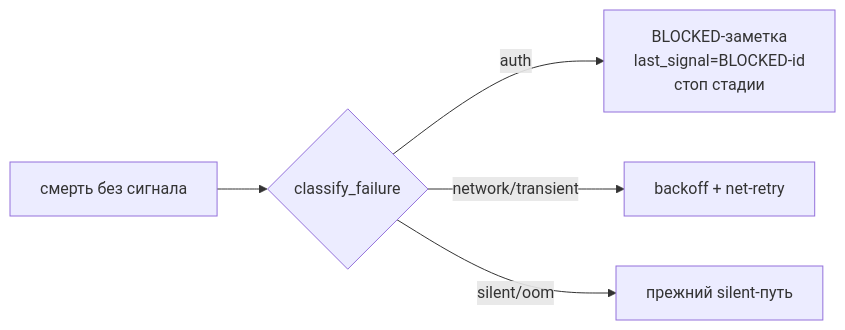
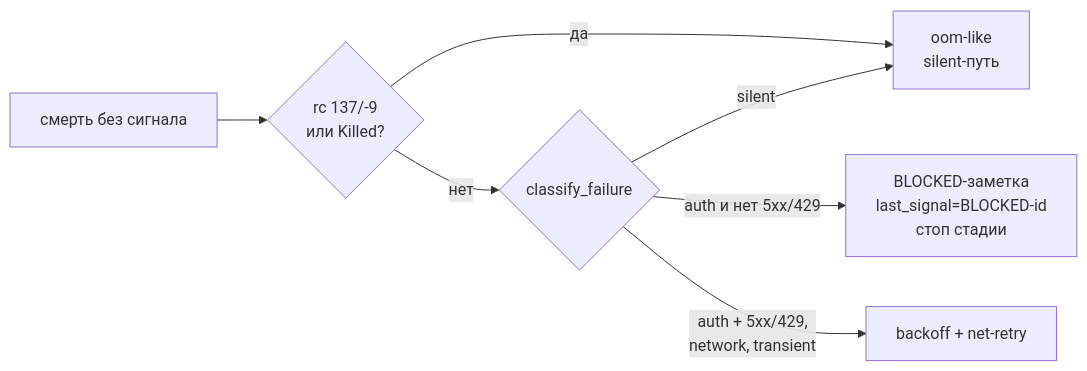
One commit to EnerJizeIT/agentic-workflow changed the diagram in docs/spec/carry-cd/carry-cd.architecture.md. Above: the diagram before and after it, drawn with Mermaid. The commit also changed other lines of this file and 5 other files, not shown here.

````diff
--- a/docs/spec/carry-cd/carry-cd.architecture.md
+++ b/docs/spec/carry-cd/carry-cd.architecture.md
@@ -77,7 +77,9 @@
 ```mermaid
 flowchart LR
-  D[смерть без сигнала] --> C{classify_failure}
-  C -->|auth| B[BLOCKED-заметка<br/>last_signal=BLOCKED-id<br/>стоп стадии]
-  C -->|network/transient| N[backoff + net-retry]
-  C -->|silent/oom| S[прежний silent-путь]
+  D[смерть без сигнала] --> O{rc 137/-9<br/>или Killed?}
+  O -->|да| S[oom-like<br/>silent-путь]
+  O -->|нет| C{classify_failure}
+  C -->|auth и нет 5xx/429| B[BLOCKED-заметка<br/>last_signal=BLOCKED-id<br/>стоп стадии]
+  C -->|auth + 5xx/429,<br/>network, transient| N[backoff + net-retry]
+  C -->|silent| S
 ```
````
